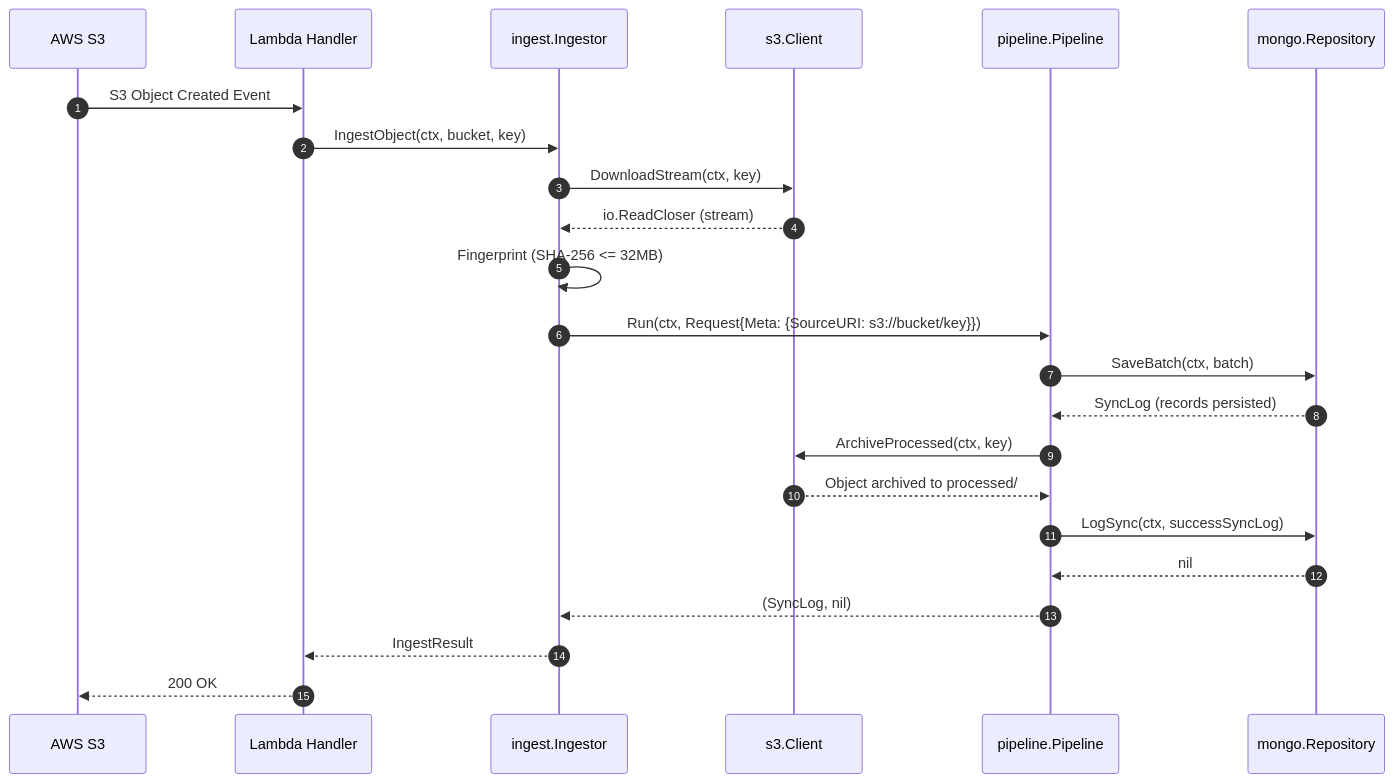
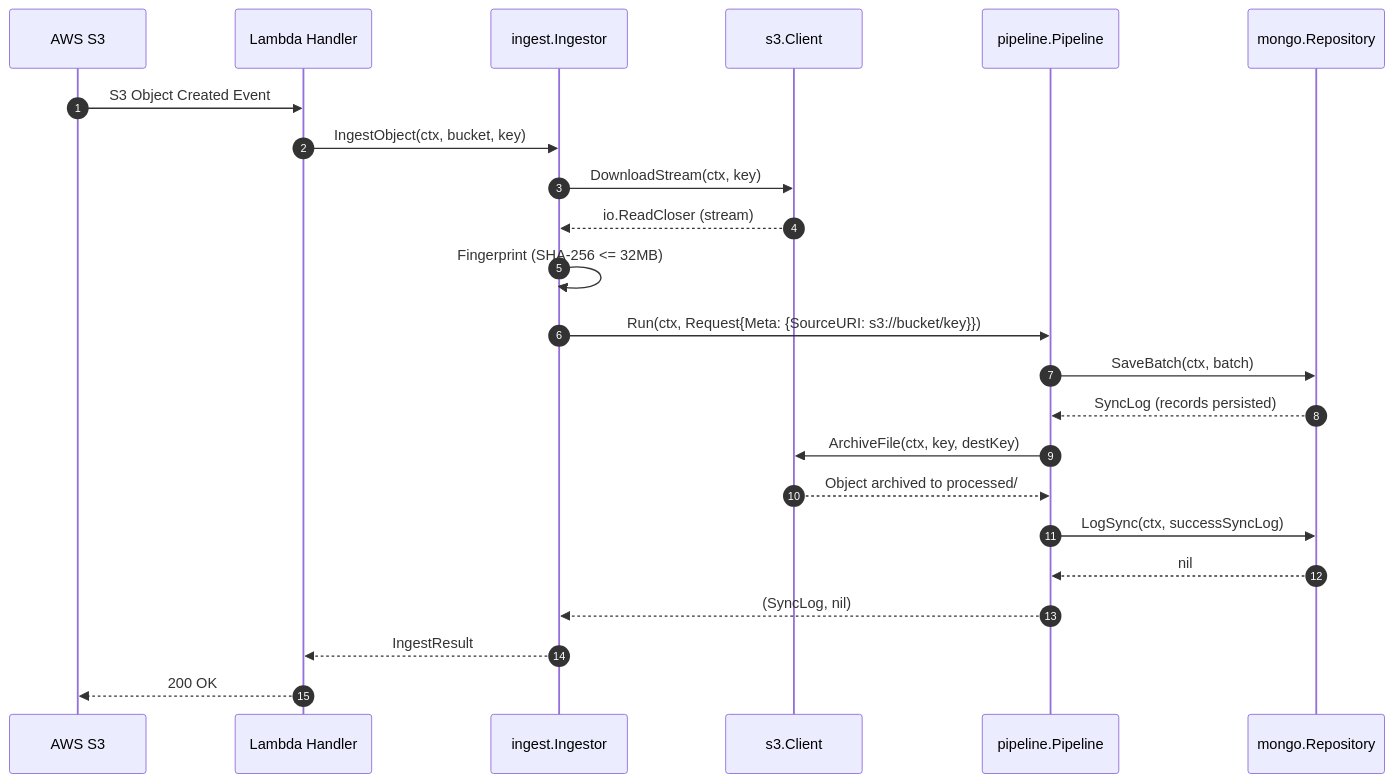
One commit to ajponte/babylon_data_loader changed the first of 3 diagrams in docs/specs/hexagonal-application-pipeline.md. Above: the diagram before and after it, drawn with Mermaid. The commit also changed other lines of this file and 2 other files, not shown here.

````diff
--- a/docs/specs/hexagonal-application-pipeline.md
+++ b/docs/specs/hexagonal-application-pipeline.md
@@ -225,26 +225,26 @@
 ```mermaid
 sequenceDiagram
     autonumber
     participant S3 as AWS S3
     participant H as Lambda Handler
     participant I as ingest.Ingestor
     participant S3C as s3.Client
     participant P as pipeline.Pipeline
     participant R as mongo.Repository
 
     S3->>H: S3 Object Created Event
     H->>I: IngestObject(ctx, bucket, key)
     I->>S3C: DownloadStream(ctx, key)
     S3C-->>I: io.ReadCloser (stream)
     I->>I: Fingerprint (SHA-256 <= 32MB)
     I->>P: Run(ctx, Request{Meta: {SourceURI: s3://bucket/key}})
     P->>R: SaveBatch(ctx, batch)
     R-->>P: SyncLog (records persisted)
-    P->>S3C: ArchiveProcessed(ctx, key)
+    P->>S3C: ArchiveFile(ctx, key, destKey)
     S3C-->>P: Object archived to processed/
     P->>R: LogSync(ctx, successSyncLog)
     R-->>P: nil
     P-->>I: (SyncLog, nil)
     I-->>H: IngestResult
     H-->>S3: 200 OK
 ```
````
